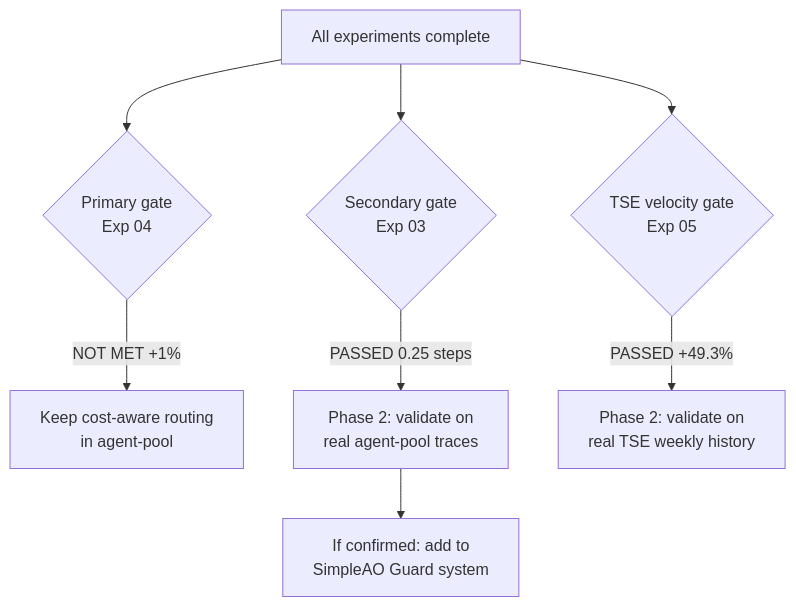
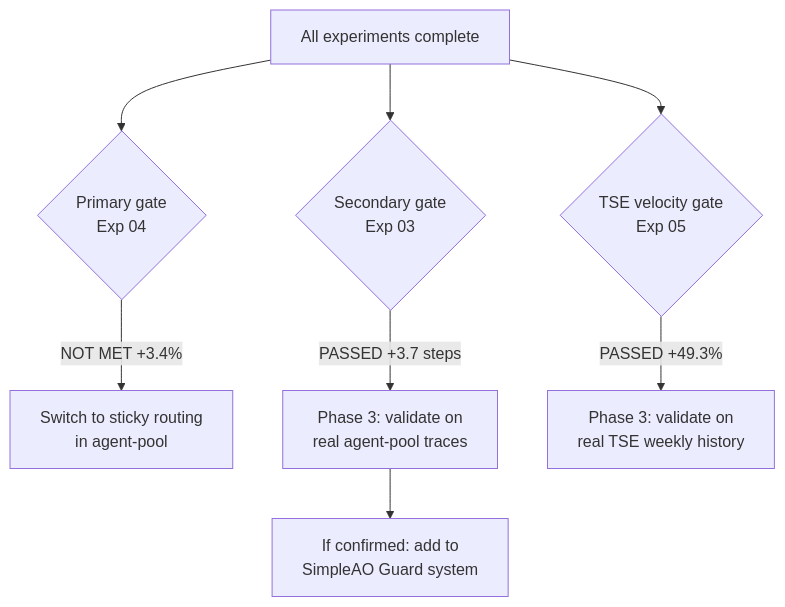
Before and after one commit to tarazum/mamba-playground: the fifth of 5 diagrams in docs/experiment_results_analysis.md, drawn with Mermaid. The commit also changed other lines of this file and 3 other files, not shown here.

````diff
--- a/docs/experiment_results_analysis.md
+++ b/docs/experiment_results_analysis.md
@@ -217,10 +219,10 @@
 ```mermaid
 flowchart TD
     A[All experiments complete] --> B{Primary gate\nExp 04}
-    B -->|NOT MET +1%| C[Keep cost-aware routing\nin agent-pool]
+    B -->|NOT MET +3.4%| C[Switch to sticky routing\nin agent-pool]
     A --> D{Secondary gate\nExp 03}
-    D -->|PASSED 0.25 steps| E[Phase 2: validate on\nreal agent-pool traces]
+    D -->|PASSED +3.7 steps| E[Phase 3: validate on\nreal agent-pool traces]
     E --> F[If confirmed: add to\nSimpleAO Guard system]
     A --> G{TSE velocity gate\nExp 05}
-    G -->|PASSED +49.3%| H[Phase 2: validate on\nreal TSE weekly history]
+    G -->|PASSED +49.3%| H[Phase 3: validate on\nreal TSE weekly history]
 ```
````
